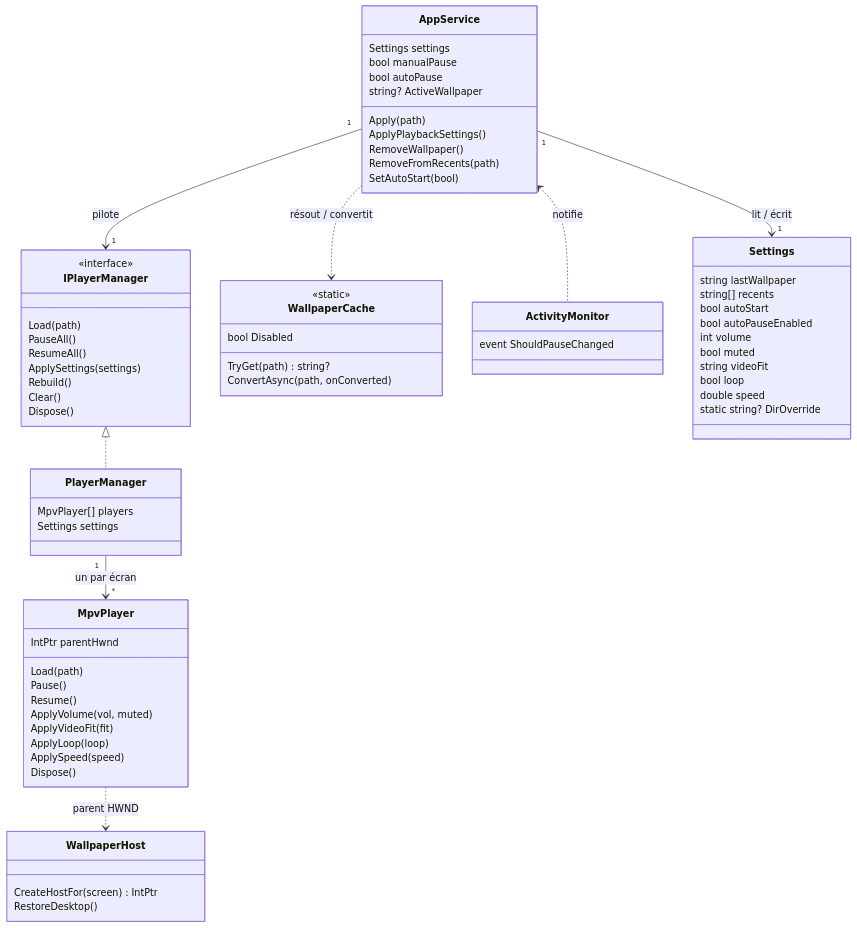
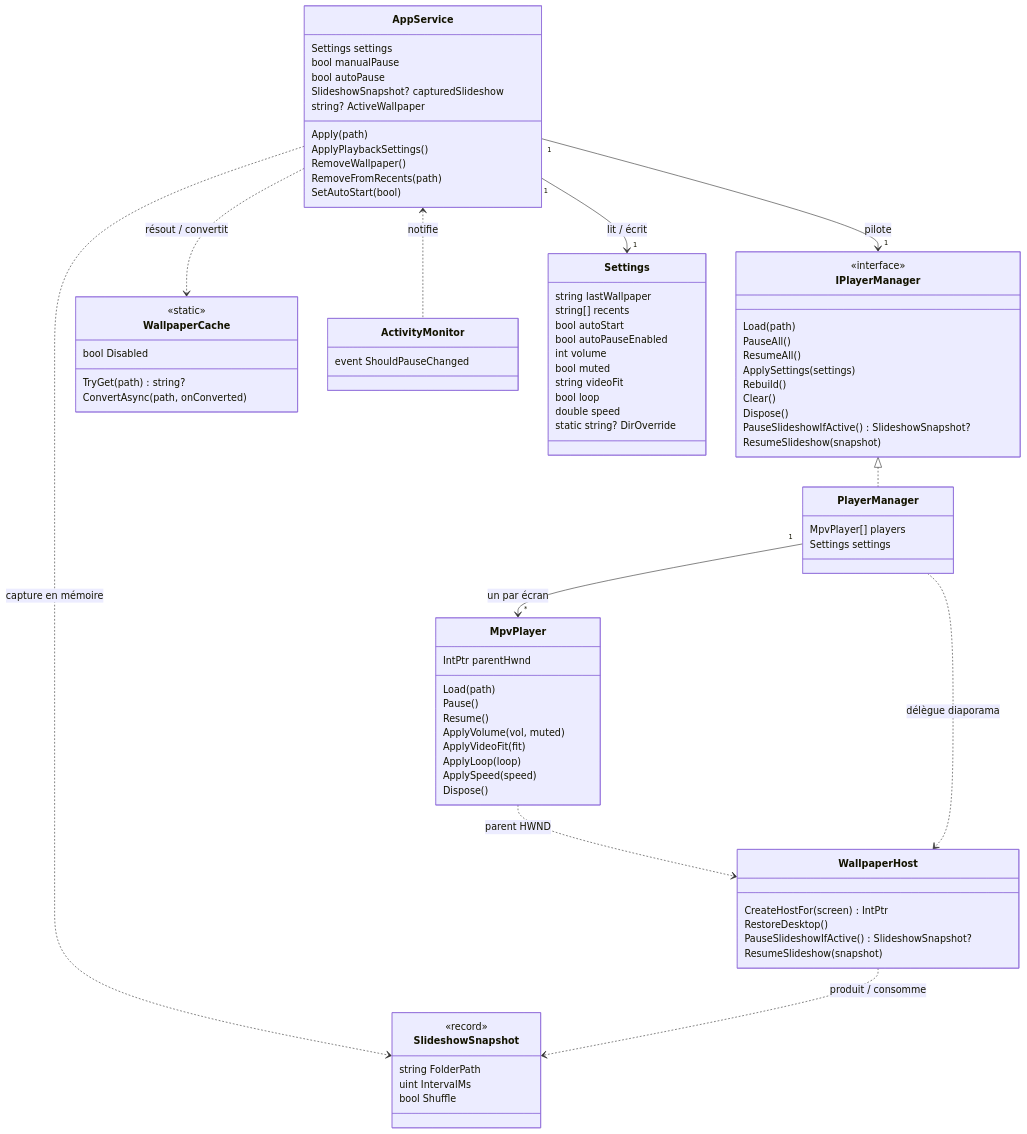
One commit to KevinT78/wallflow changed the first of 5 diagrams in docs/ARCHITECTURE-TECHNIQUE.md. Above: the diagram before and after it, drawn with Mermaid. The commit also changed other lines of this file and 2 other files, not shown here.

First line of the commit message:
docs: sync CONTEXT/VUE-PRODUIT/ARCHITECTURE pour l'anti-flicker diaporama (issue 007)

````diff
--- a/docs/ARCHITECTURE-TECHNIQUE.md
+++ b/docs/ARCHITECTURE-TECHNIQUE.md
@@ -42,11 +42,14 @@
         Rebuild()
         Clear()
         Dispose()
+        PauseSlideshowIfActive() SlideshowSnapshot?
+        ResumeSlideshow(snapshot)
     }
     class AppService {
         Settings settings
         bool manualPause
         bool autoPause
+        SlideshowSnapshot? capturedSlideshow
         string? ActiveWallpaper
         Apply(path)
         ApplyPlaybackSettings()
@@ -72,6 +75,14 @@
     class WallpaperHost {
         CreateHostFor(screen) IntPtr
         RestoreDesktop()
+        PauseSlideshowIfActive() SlideshowSnapshot?
+        ResumeSlideshow(snapshot)
+    }
+    class SlideshowSnapshot {
+        <<record>>
+        string FolderPath
+        uint IntervalMs
+        bool Shuffle
     }
     class WallpaperCache {
         <<static>>
@@ -101,4 +112,7 @@
     AppService ..> WallpaperCache : résout / convertit
     PlayerManager "1" --> "*" MpvPlayer : un par écran
     MpvPlayer ..> WallpaperHost : parent HWND
+    AppService ..> SlideshowSnapshot : capture en mémoire
+    WallpaperHost ..> SlideshowSnapshot : produit / consomme
+    PlayerManager ..> WallpaperHost : délègue diaporama
 ```
````
